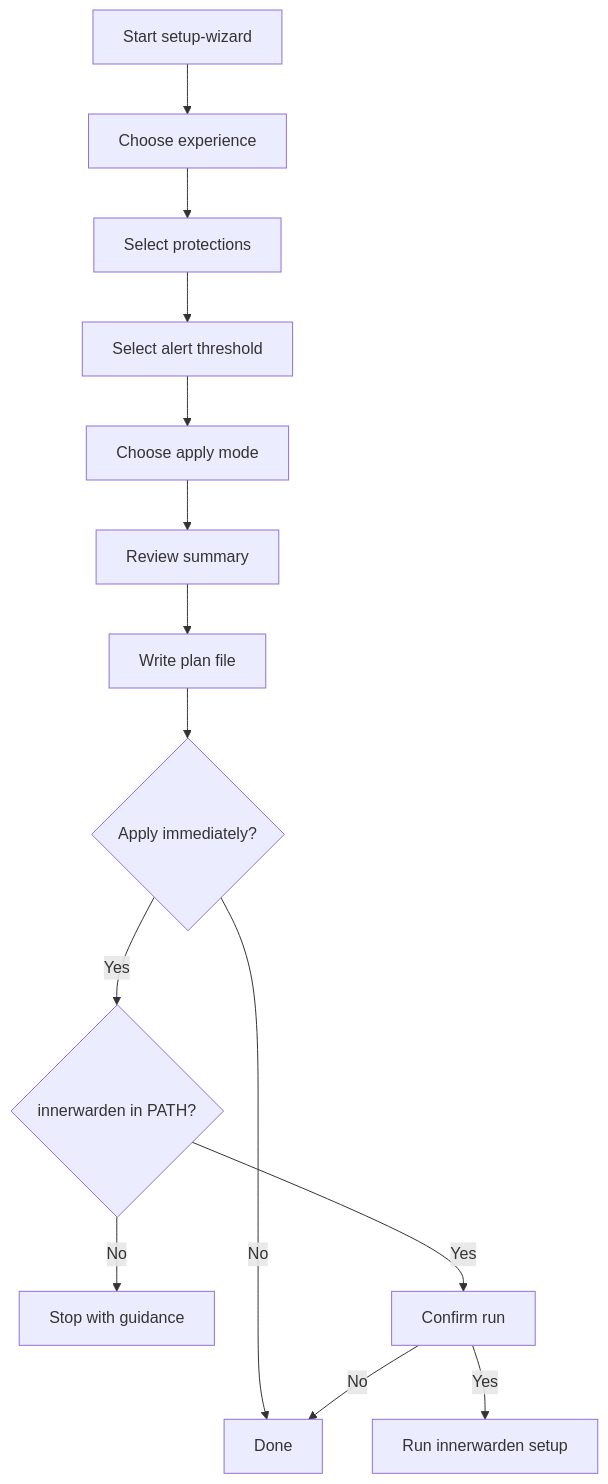
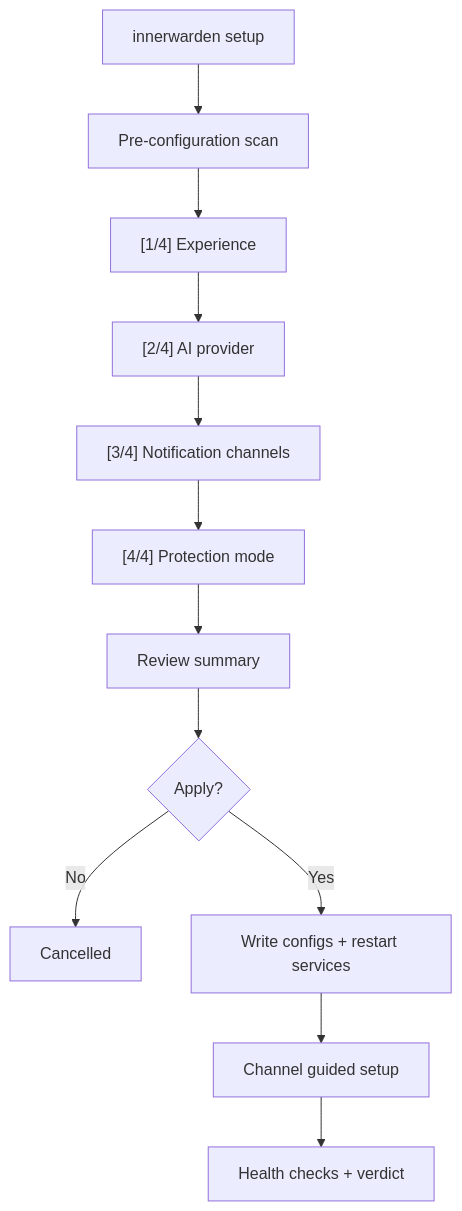
The diagram in docs/internal/setup-wizard.md (Hui-Hwoo/innerwarden), drawn with Mermaid before and after one commit. The commit also changed other lines of this file and 7 other files, not shown here.

First line of the commit message:
feat(setup): unify wizard into Rust CLI with interactive TUI

````diff
--- a/docs/internal/setup-wizard.md
+++ b/docs/internal/setup-wizard.md
@@ -35,16 +34,14 @@
 ```mermaid
 flowchart TD
-    A[Start setup-wizard] --> B[Choose experience]
-    B --> C[Select protections]
-    C --> D[Select alert threshold]
-    D --> E[Choose apply mode]
-    E --> F[Review summary]
-    F --> G[Write plan file]
-    G --> H{Apply immediately?}
-    H -- No --> I[Done]
-    H -- Yes --> J{innerwarden in PATH?}
-    J -- No --> K[Stop with guidance]
-    J -- Yes --> L[Confirm run]
-    L -- Yes --> M[Run innerwarden setup]
-    L -- No --> I
+    A[innerwarden setup] --> B[Pre-configuration scan]
+    B --> C["[1/4] Experience"]
+    C --> D["[2/4] AI provider"]
+    D --> E["[3/4] Notification channels"]
+    E --> F["[4/4] Protection mode"]
+    F --> G[Review summary]
+    G --> H{Apply?}
+    H -- No --> I[Cancelled]
+    H -- Yes --> J[Write configs + restart services]
+    J --> K[Channel guided setup]
+    K --> L[Health checks + verdict]
 ```
````
